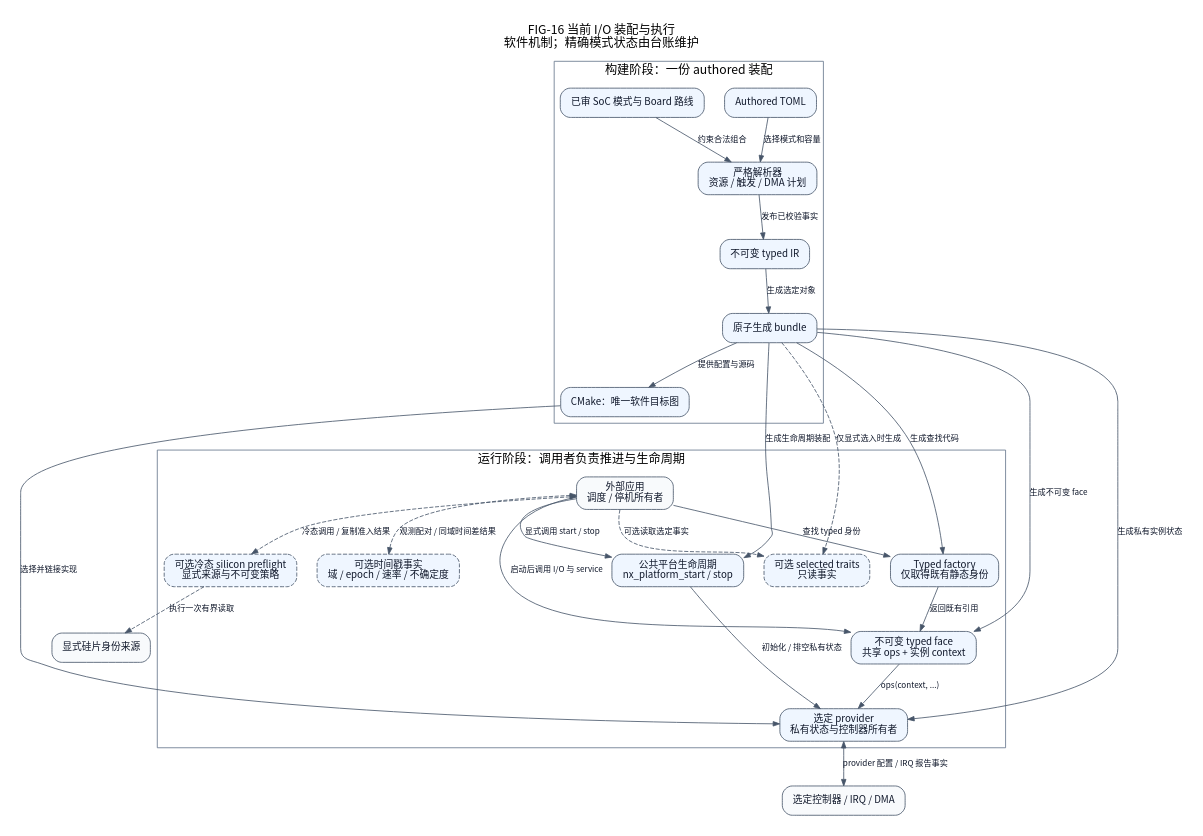
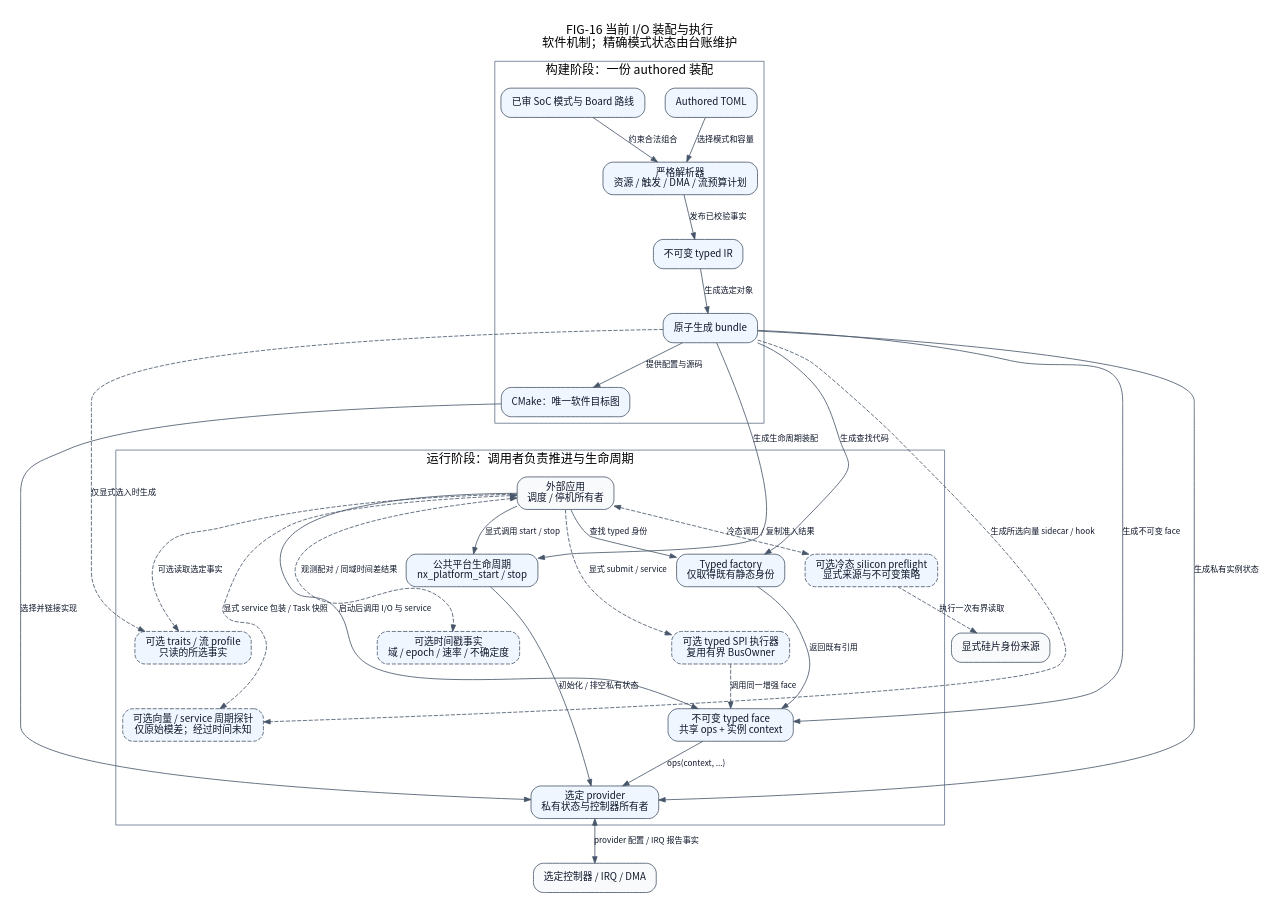
One commit to X-Gen-Lab/nexus changed the diagram in docs/assets/diagrams/localized/zh_CN/io-evolution.dot. Above: the diagram before and after it, drawn with Graphviz. The commit also changed 176 other files, not shown here.

```diff
--- a/docs/assets/diagrams/localized/zh_CN/io-evolution.dot
+++ b/docs/assets/diagrams/localized/zh_CN/io-evolution.dot
@@ -1,67 +1,82 @@
 // FIG-16 current software mechanisms; selected-provider scope, not HIL.
 // Basis: c4249e98 baseline plus the IO evolution sources linked by
 // docs/design/io-evolution.md. The task ledger owns execution status.
 // Every edge states generation, lookup, call or copied-observation semantics.
 digraph ioEvolution {
     graph [label="FIG-16 当前 I/O 装配与执行\n软件机制；精确模式状态由台账维护",
            fontname="Noto Sans CJK SC", fontsize=15, labelloc=t, rankdir=TB,
            bgcolor="white", pad=0.25, nodesep=0.35, ranksep=0.60,
            newrank=true];
     node [shape=box, style="rounded,filled", fillcolor="#eff6ff",
           color="#475569", fontcolor="#0f172a", fontname="Noto Sans CJK SC",
           fontsize=12, margin="0.16,0.10"];
     edge [color="#475569", fontcolor="#0f172a",
           fontname="Noto Sans CJK SC", fontsize=10, arrowsize=0.8];
     subgraph clusterBuild {
         label="构建阶段：一份 authored 装配";
         color="#64748b"; fontname="Noto Sans CJK SC";
         assembly [label="Authored TOML"];
         facts [label="已审 SoC 模式与 Board 路线"];
-        resolver [label="严格解析器\n资源 / 触发 / DMA 计划"];
+        resolver [label="严格解析器\n资源 / 触发 / DMA / 流预算计划"];
         ir [label="不可变 typed IR"];
         bundle [label="原子生成 bundle"];
         cmake [label="CMake：唯一软件目标图"];
         assembly -> resolver [label="选择模式和容量"];
         facts -> resolver [label="约束合法组合"];
         resolver -> ir [label="发布已校验事实"];
         ir -> bundle [label="生成选定对象"];
         bundle -> cmake [label="提供配置与源码"];
     }
     subgraph clusterRuntime {
         label="运行阶段：调用者负责推进与生命周期";
         color="#64748b"; fontname="Noto Sans CJK SC";
         app [label="外部应用\n调度 / 停机所有者", fillcolor="#f8fafc"];
         factory [label="Typed factory\n仅取得既有静态身份"];
         face [label="不可变 typed face\n共享 ops + 实例 context"];
         lifecycle [label="公共平台生命周期\nnx_platform_start / stop"];
         provider [label="选定 provider\n私有状态与控制器所有者"];
-        traits [label="可选 selected traits\n只读事实", style="rounded,dashed,filled"];
+        traits [label="可选 traits / 流 profile\n只读的所选事实", style="rounded,dashed,filled"];
+        owner [label="可选 typed SPI 执行器\n复用有界 BusOwner",
+               style="rounded,dashed,filled"];
+        probe [label="可选向量 / service 周期探针\n仅原始模差；经过时间未知",
+               style="rounded,dashed,filled"];
         preflight [label="可选冷态 silicon preflight\n显式来源与不可变策略",
                    style="rounded,dashed,filled"];
         time [label="可选时间戳事实\n域 / epoch / 速率 / 不确定度",
               style="rounded,dashed,filled"];
+        // Layout only: three short rows keep optional nodes readable.
+        { rank=same; factory; lifecycle; preflight; }
+        { rank=same; owner; traits; time; }
+        { rank=same; face; probe; }
+        factory -> owner [style=invis, weight=20];
+        traits -> probe [style=invis, weight=20];
         app -> factory [label="查找 typed 身份"];
         factory -> face [label="返回既有引用"];
         app -> face [label="启动后调用 I/O 与 service"];
         face -> provider [label="ops(context, ...)"];
         app -> lifecycle [label="显式调用 start / stop"];
         lifecycle -> provider [label="初始化 / 排空私有状态"];
         app -> traits [label="可选读取选定事实", style=dashed];
+        app -> owner [label="显式 submit / service", style=dashed];
+        owner -> face [label="调用同一增强 face", style=dashed];
+        app -> probe [label="显式 service 包装 / Task 快照",
+                      style=dashed, dir=both];
         app -> preflight [label="冷态调用 / 复制准入结果",
                           style=dashed, dir=both];
         app -> time [label="观测配对 / 同域时间差结果",
                      style=dashed, dir=both];
     }
     hardware [label="选定控制器 / IRQ / DMA", fillcolor="#f8fafc"];
     silicon [label="显式硅片身份来源", fillcolor="#f8fafc"];
     bundle -> factory [label="生成查找代码"];
     bundle -> face [label="生成不可变 face"];
     bundle -> provider [label="生成私有实例状态"];
     bundle -> lifecycle [label="生成生命周期装配"];
     bundle -> traits [label="仅显式选入时生成", style=dashed];
+    bundle -> probe [label="生成所选向量 sidecar / hook", style=dashed];
     cmake -> provider [label="选择并链接实现"];
     // Layout only: keep all build nodes above the runtime view.
     cmake -> app [style=invis, weight=100];
     provider -> hardware [label="provider 配置 / IRQ 报告事实", dir=both];
     preflight -> silicon [label="执行一次有界读取", style=dashed];
 }
```
